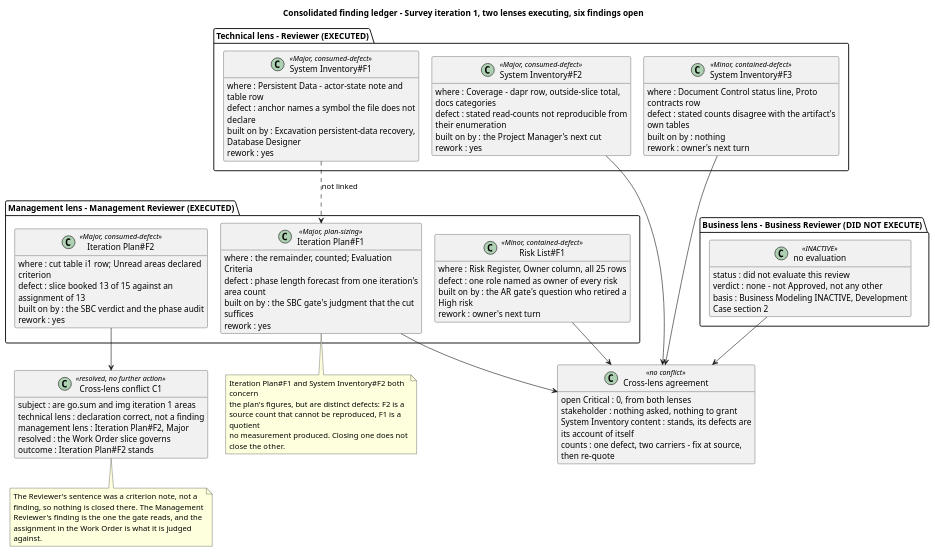
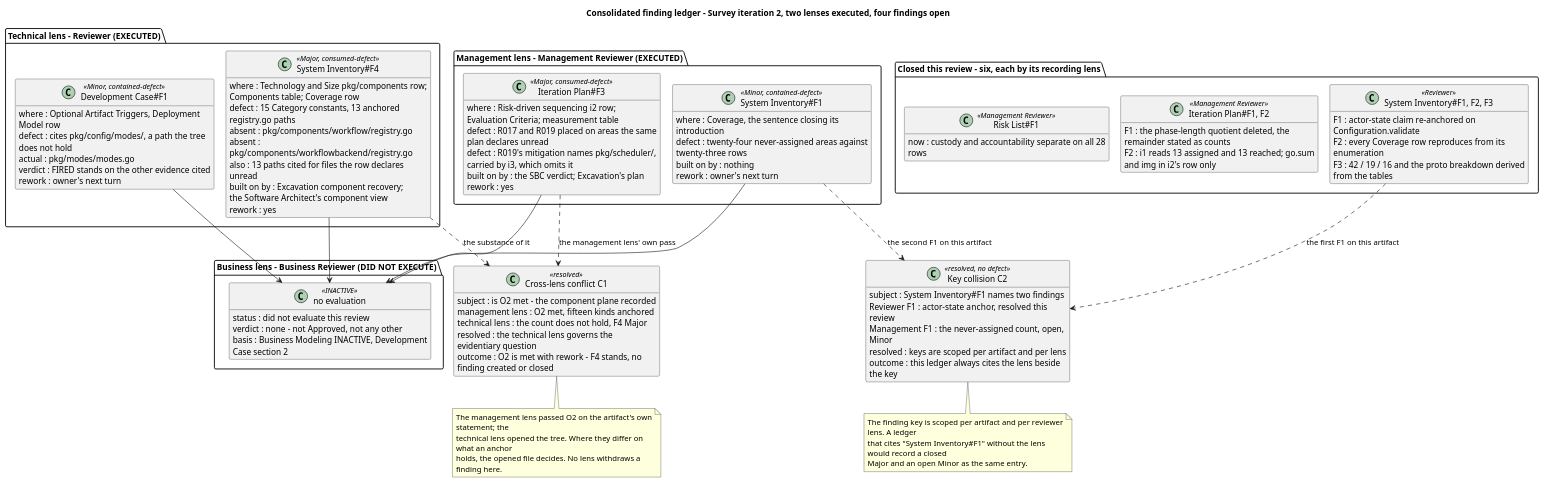
Before and after one commit to banense-test/dapr: the fifth of 12 diagrams in docs/artifacts/project-management/review-record.md, drawn with PlantUML. The commit also changed other lines of this file, not shown here.

Commit message:
Review Coordinator [Survey2]: upsert Review Record
[skip ci]

````diff
--- a/docs/artifacts/project-management/review-record.md
+++ b/docs/artifacts/project-management/review-record.md
@@ -515,50 +515,46 @@
 ```plantuml
 @startuml
-title Consolidated finding ledger - Survey iteration 1, two lenses executing, six findings open
+title Consolidated finding ledger - Survey iteration 2, two lenses executed, four findings open
 hide empty members
 skinparam classAttributeIconSize 0
-skinparam wrapWidth 330
-skinparam nodesep 22
-skinparam ranksep 40
+skinparam wrapWidth 340
+skinparam nodesep 20
+skinparam ranksep 44
 
 package "Technical lens - Reviewer (EXECUTED)" {
-  class "System Inventory#F1" as SI1 <<Major, consumed-defect>> {
-    where : Persistent Data - actor-state note and table row
-    defect : anchor names a symbol the file does not declare
-    built on by : Excavation persistent-data recovery, Database Designer
+  class "System Inventory#F4" as SIF4 <<Major, consumed-defect>> {
+    where : Technology and Size pkg/components row;
+            Components table; Coverage row
+    defect : 15 Category constants, 13 anchored registry.go paths
+    absent : pkg/components/workflow/registry.go
+    absent : pkg/components/workflowbackend/registry.go
+    also : 13 paths cited for files the row declares unread
+    built on by : Excavation component recovery;
+                  the Software Architect's component view
     rework : yes
   }
-  class "System Inventory#F2" as SI2 <<Major, consumed-defect>> {
-    where : Coverage - dapr row, outside-slice total, docs categories
-    defect : stated read-counts not reproducible from their enumeration
-    built on by : the Project Manager's next cut
-    rework : yes
-  }
-  class "System Inventory#F3" as SI3 <<Minor, contained-defect>> {
-    where : Document Control status line, Proto contracts row
-    defect : stated counts disagree with the artifact's own tables
-    built on by : nothing
+  class "Development Case#F1" as DCF1 <<Minor, contained-defect>> {
+    where : Optional Artifact Triggers, Deployment Model row
+    defect : cites pkg/config/modes/, a path the tree does not hold
+    actual : pkg/modes/modes.go
+    verdict : FIRED stands on the other evidence cited
     rework : owner's next turn
   }
 }
 
 package "Management lens - Management Reviewer (EXECUTED)" {
-  class "Iteration Plan#F1" as IP1 <<Major, plan-sizing>> {
-    where : the remainder, counted; Evaluation Criteria
-    defect : phase length forecast from one iteration's area count
-    built on by : the SBC gate's judgment that the cut suffices
+  class "Iteration Plan#F3" as IPF3 <<Major, consumed-defect>> {
+    where : Risk-driven sequencing i2 row;
+            Evaluation Criteria; measurement table
+    defect : R017 and R019 placed on areas the same plan declares unread
+    defect : R019's mitigation names pkg/scheduler/, carried by i3, which omits it
+    built on by : the SBC verdict; Excavation's plan
     rework : yes
   }
-  class "Iteration Plan#F2" as IP2 <<Major, consumed-defect>> {
-    where : cut table i1 row; Unread areas declared criterion
-    defect : slice booked 13 of 15 against an assignment of 13
-    built on by : the SBC verdict and the phase audit
-    rework : yes
-  }
-  class "Risk List#F1" as RL1 <<Minor, contained-defect>> {
-    where : Risk Register, Owner column, all 25 rows
-    defect : one role named as owner of every risk
-    built on by : the AR gate's question who retired a High risk
+  class "System Inventory#F1" as SIF1M <<Minor, contained-defect>> {
+    where : Coverage, the sentence closing its introduction
+    defect : twenty-four never-assigned areas against twenty-three rows
+    built on by : nothing
     rework : owner's next turn
   }
 }
@@ -571,40 +567,55 @@
   }
 }
 
-class "Cross-lens conflict C1" as C1 <<resolved, no further action>> {
-  subject : are go.sum and img iteration 1 areas
-  technical lens : declaration correct, not a finding
-  management lens : Iteration Plan#F2, Major
-  resolved : the Work Order slice governs
-  outcome : Iteration Plan#F2 stands
+package "Closed this review - six, each by its recording lens" {
+  class "System Inventory#F1, F2, F3" as SICL <<Reviewer>> {
+    F1 : actor-state claim re-anchored on Configuration.validate
+    F2 : every Coverage row reproduces from its enumeration
+    F3 : 42 / 19 / 16 and the proto breakdown derived from the tables
+  }
+  class "Iteration Plan#F1, F2" as IPCL <<Management Reviewer>> {
+    F1 : the phase-length quotient deleted, the remainder stated as counts
+    F2 : i1 reads 13 assigned and 13 reached; go.sum and img in i2's row only
+  }
+  class "Risk List#F1" as RLCL <<Management Reviewer>> {
+    now : custody and accountability separate on all 28 rows
+  }
 }
 
-class "Cross-lens agreement" as AGG <<no conflict>> {
-  open Critical : 0, from both lenses
-  stakeholder : nothing asked, nothing to grant
-  System Inventory content : stands, its defects are its account of itself
-  counts : one defect, two carriers - fix at source, then re-quote
+class "Cross-lens conflict C1" as C1 <<resolved>> {
+  subject : is O2 met - the component plane recorded
+  management lens : O2 met, fifteen kinds anchored
+  technical lens : the count does not hold, F4 Major
+  resolved : the technical lens governs the evidentiary question
+  outcome : O2 is met with rework - F4 stands, no finding created or closed
 }
 
-SI1 ..> IP1 : not linked
-SI2 --> AGG
-SI3 --> AGG
-IP1 --> AGG
-IP2 --> C1
-RL1 --> AGG
-BIZ --> AGG
+class "Key collision C2" as C2 <<resolved, no defect>> {
+  subject : System Inventory#F1 names two findings
+  Reviewer F1 : actor-state anchor, resolved this review
+  Management F1 : the never-assigned count, open, Minor
+  resolved : keys are scoped per artifact and per lens
+  outcome : this ledger always cites the lens beside the key
+}
+
+SIF4 ..> C1 : the substance of it
+IPF3 ..> C1 : the management lens' own pass
+SIF1M ..> C2 : the second F1 on this artifact
+SICL ..> C2 : the first F1 on this artifact
+SIF4 --> BIZ
+DCF1 --> BIZ
+IPF3 --> BIZ
+SIF1M --> BIZ
 
 note bottom of C1
-  The Reviewer's sentence was a criterion note, not a
-  finding, so nothing is closed there. The Management
-  Reviewer's finding is the one the gate reads, and the
-  assignment in the Work Order is what it is judged against.
+  The management lens passed O2 on the artifact's own statement; the
+  technical lens opened the tree. Where they differ on what an anchor
+  holds, the opened file decides. No lens withdraws a finding here.
 end note
-note bottom of IP1
-  Iteration Plan#F1 and System Inventory#F2 both concern
-  the plan's figures, but are distinct defects: F2 is a
-  source count that cannot be reproduced, F1 is a quotient
-  no measurement produced. Closing one does not close the other.
+note bottom of C2
+  The finding key is scoped per artifact and per reviewer lens. A ledger
+  that cites "System Inventory#F1" without the lens would record a closed
+  Major and an open Minor as the same entry.
 end note
 @enduml
 ```
````
